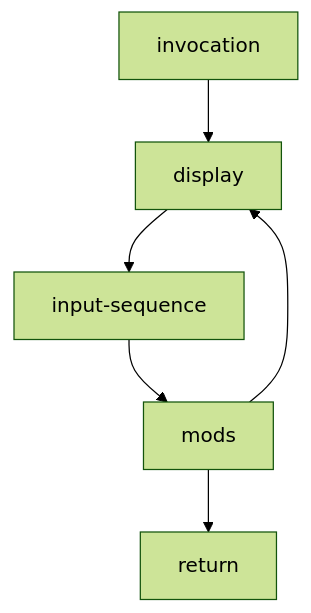
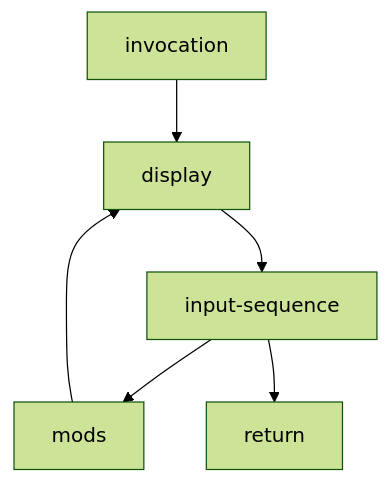
Before and after one commit to OdedYanovich/Tinkering: the diagram in obsidian docs/redesign - The game's requirements/standard.md, drawn with Mermaid (forest theme). The commit also changed 2 other files, not shown here.

Commit message:
display described

````diff
--- a/obsidian docs/redesign - The game's requirements/standard.md
+++ b/obsidian docs/redesign - The game's requirements/standard.md
@@ -3,5 +3,5 @@
 ```mermaid
 flowchart TD
-    invocation --> display --> input-sequence --> mods --> return
-    mods --> display
+    invocation --> display --> input-sequence --> mods --> display
+    input-sequence --> return
 ```
````
